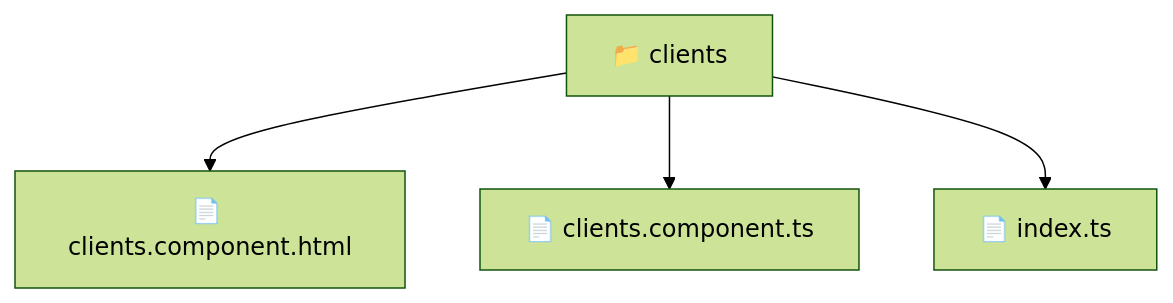
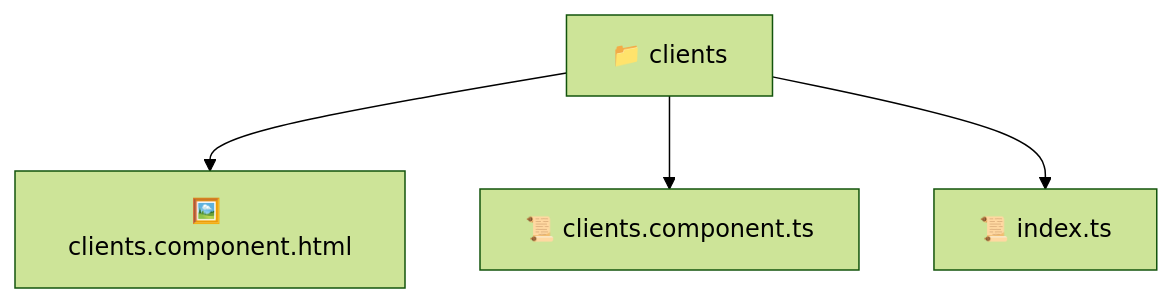
One commit to beginwebdev2002/fullstack-mavluda changed the diagram in frontend/src/pages/clients/README.md. Above: the diagram before and after it, drawn with Mermaid (forest theme). The commit also changed other lines of this file and 163 other files, not shown here.

````diff
--- a/frontend/src/pages/clients/README.md
+++ b/frontend/src/pages/clients/README.md
@@ -11,7 +11,7 @@
 ```mermaid
 graph TD
-  Root["📁 clients"]
-  Root --> clients_component_html["📄 clients.component.html"]
-  Root --> clients_component_ts["📄 clients.component.ts"]
-  Root --> index_ts["📄 index.ts"]
+  clients["📁 clients"]
+  clients --> clients_component_html["🖼️ clients.component.html"]
+  clients --> clients_component_ts["📜 clients.component.ts"]
+  clients --> index_ts["📜 index.ts"]
 ```
````
